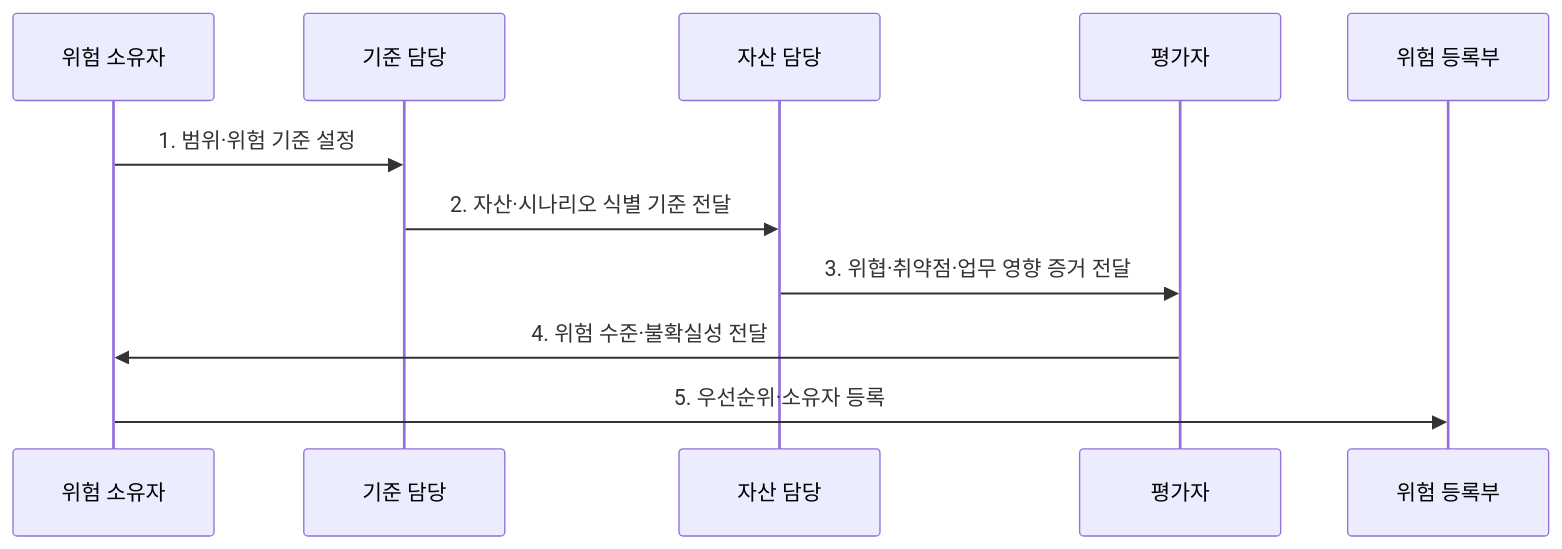
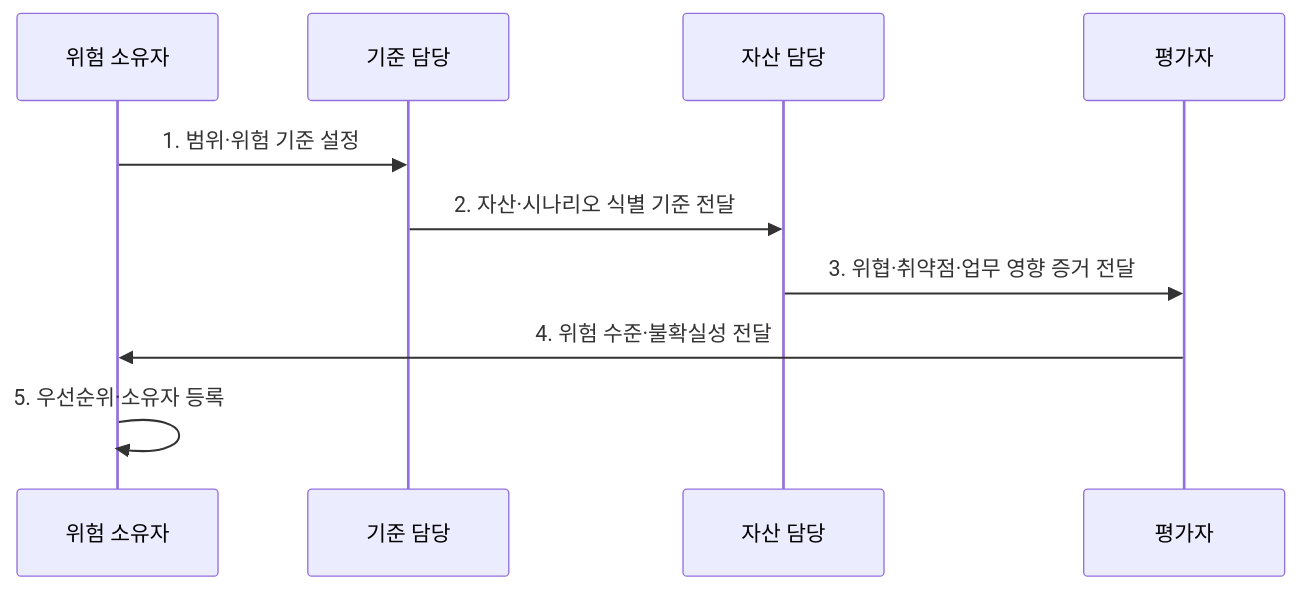
Before and after one commit to agnusdei1207/knowledge-base: the second of 2 diagrams in src/content/docs/notes/05-security/108_information_security_risk_assessment.md, drawn with Mermaid. The commit also changed 6 other files, not shown here.

Commit message:
Simplify governance and forensics sequences

````diff
--- a/src/content/docs/notes/05-security/108_information_security_risk_assessment.md
+++ b/src/content/docs/notes/05-security/108_information_security_risk_assessment.md
@@ -98,13 +98,12 @@
 ```mermaid
 sequenceDiagram
   participant O as 위험 소유자
   participant C as 기준 담당
   participant A as 자산 담당
   participant E as 평가자
-  participant R as 위험 등록부
   O->>C: 1. 범위·위험 기준 설정
   C->>A: 2. 자산·시나리오 식별 기준 전달
   A->>E: 3. 위협·취약점·업무 영향 증거 전달
   E->>O: 4. 위험 수준·불확실성 전달
-  O->>R: 5. 우선순위·소유자 등록
+  O->>O: 5. 우선순위·소유자 등록
 ```
````
